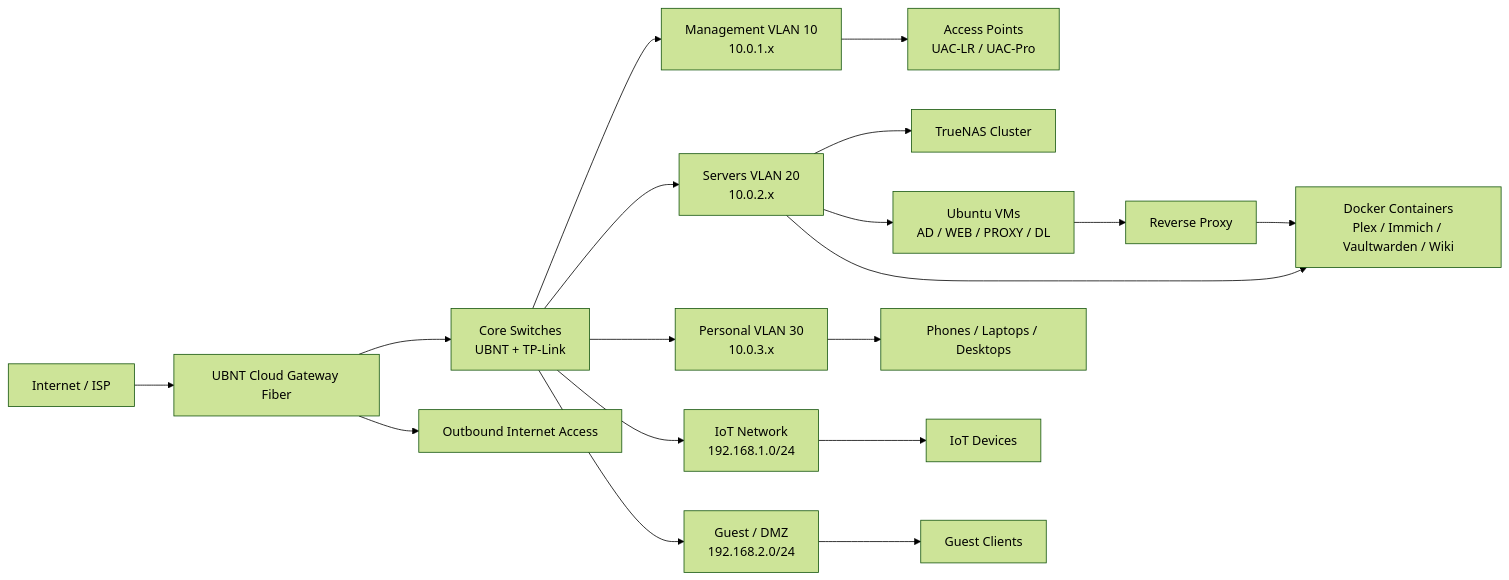
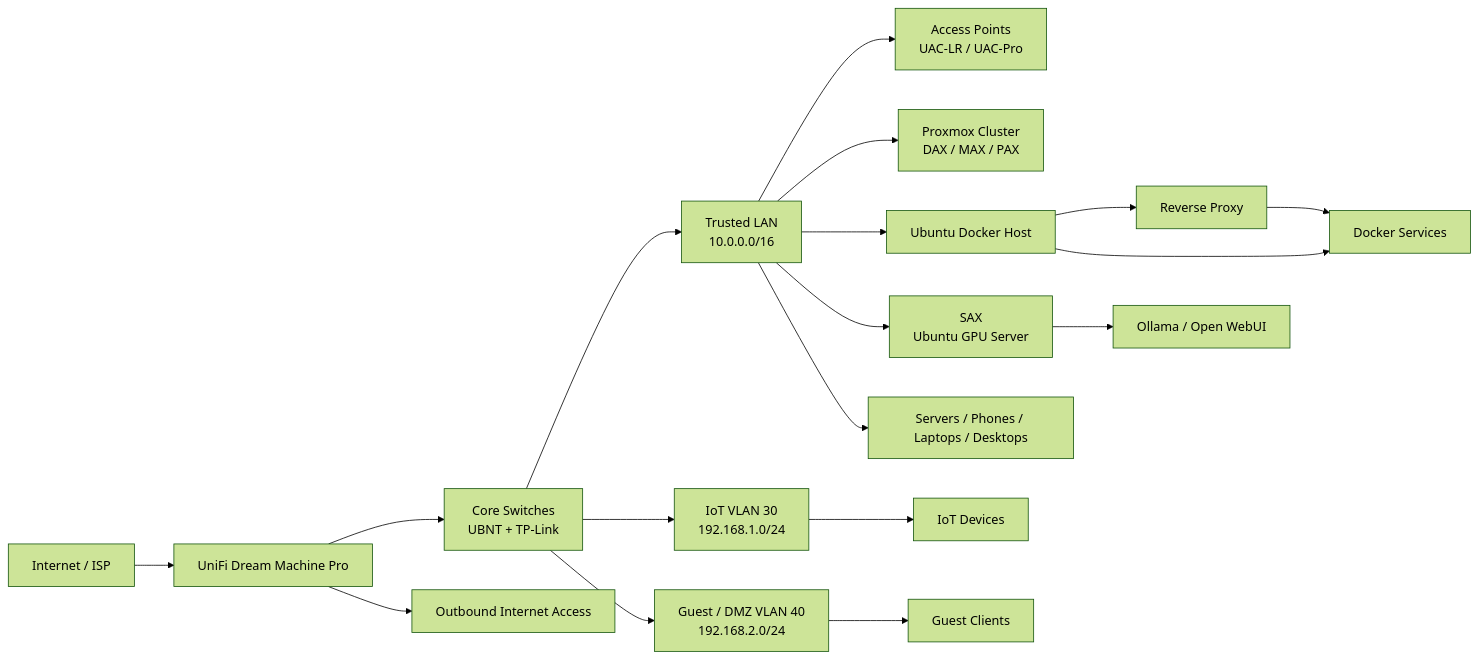
Before and after one commit to Woogles/WoogleNet-Network-Infrastructure-Upgrade-and-Documentation: the diagram in README.md, drawn with Mermaid (forest theme). The commit also changed other lines of this file and 11 other files, not shown here.

````diff
--- a/README.md
+++ b/README.md
@@ -46,24 +45,24 @@
 ```mermaid
 flowchart LR
-    WAN[Internet / ISP] --> GW[UBNT Cloud Gateway Fiber]
+    WAN[Internet / ISP] --> GW[UniFi Dream Machine Pro]
     GW --> SW1[Core Switches\nUBNT + TP-Link]
 
-    SW1 --> VLAN10[Management VLAN 10\n10.0.1.x]
-    SW1 --> VLAN20[Servers VLAN 20\n10.0.2.x]
-    SW1 --> VLAN30[Personal VLAN 30\n10.0.3.x]
-    SW1 --> IOT[IoT Network\n192.168.1.0/24]
-    SW1 --> GUEST[Guest / DMZ\n192.168.2.0/24]
+    SW1 --> TRUSTED[Trusted LAN\n10.0.0.0/16]
+    SW1 --> IOT[IoT VLAN 30\n192.168.1.0/24]
+    SW1 --> GUEST[Guest / DMZ VLAN 40\n192.168.2.0/24]
 
-    VLAN10 --> AP1[Access Points\nUAC-LR / UAC-Pro]
-    VLAN20 --> NAS[TrueNAS Cluster]
-    VLAN20 --> VM[Ubuntu VMs\nAD / WEB / PROXY / DL]
-    VLAN20 --> CONT[Docker Containers\nPlex / Immich / Vaultwarden / Wiki]
-    VLAN30 --> CLIENTS[Phones / Laptops / Desktops]
+    TRUSTED --> AP1[Access Points\nUAC-LR / UAC-Pro]
+    TRUSTED --> PVE[Proxmox Cluster\nDAX / MAX / PAX]
+    TRUSTED --> JAX[Ubuntu Docker Host]
+    TRUSTED --> SAX[SAX\nUbuntu GPU Server]
+    TRUSTED --> CLIENTS[Servers / Phones / Laptops / Desktops]
 
     IOT --> IOTDEV[IoT Devices]
     GUEST --> GUESTDEV[Guest Clients]
 
-    VM --> PROXY[Reverse Proxy]
+    JAX --> PROXY[Reverse Proxy]
+    JAX --> CONT[Docker Services]
+    SAX --> AI[Ollama / Open WebUI]
     PROXY --> CONT
     GW --> INTERNET[Outbound Internet Access]
 ```
````
